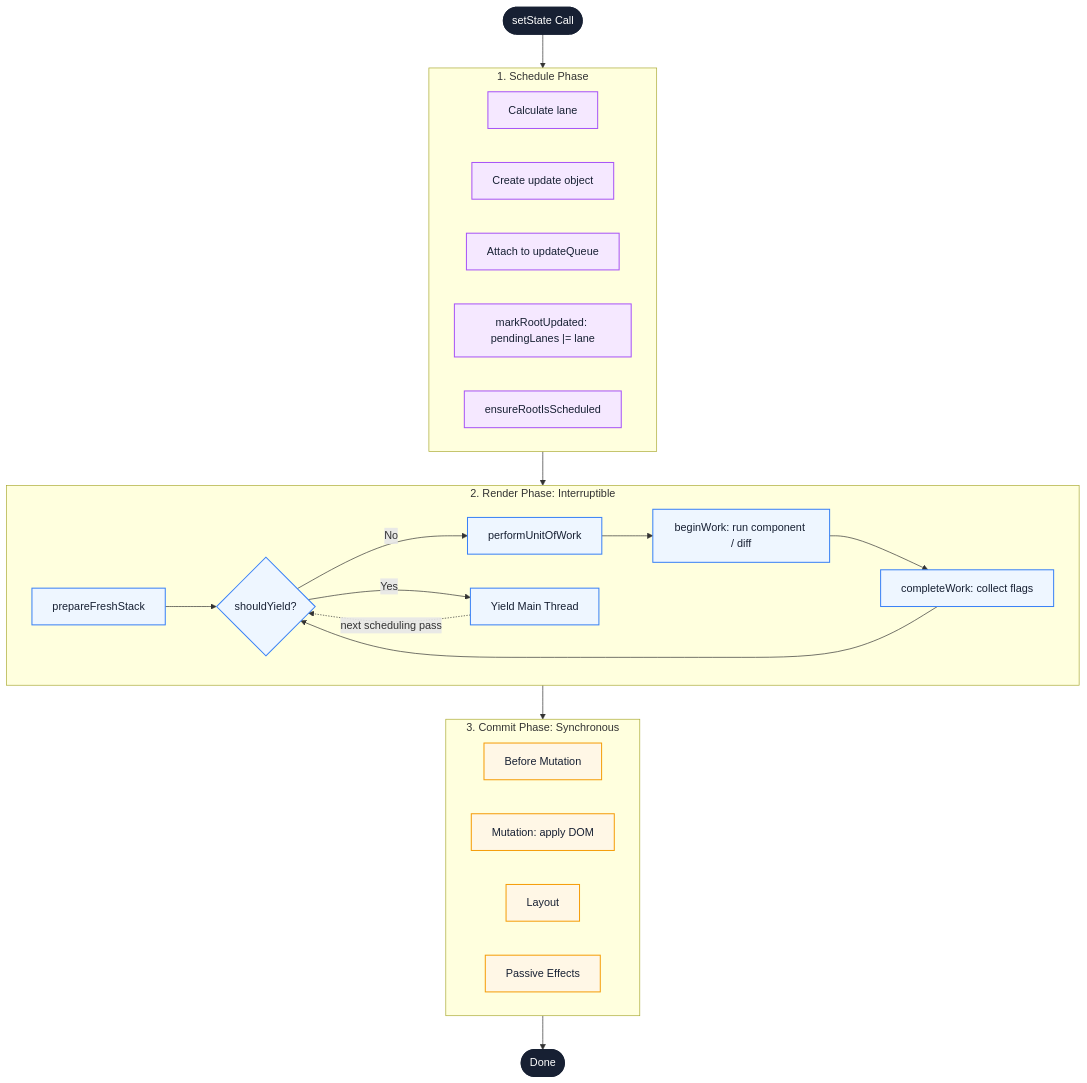
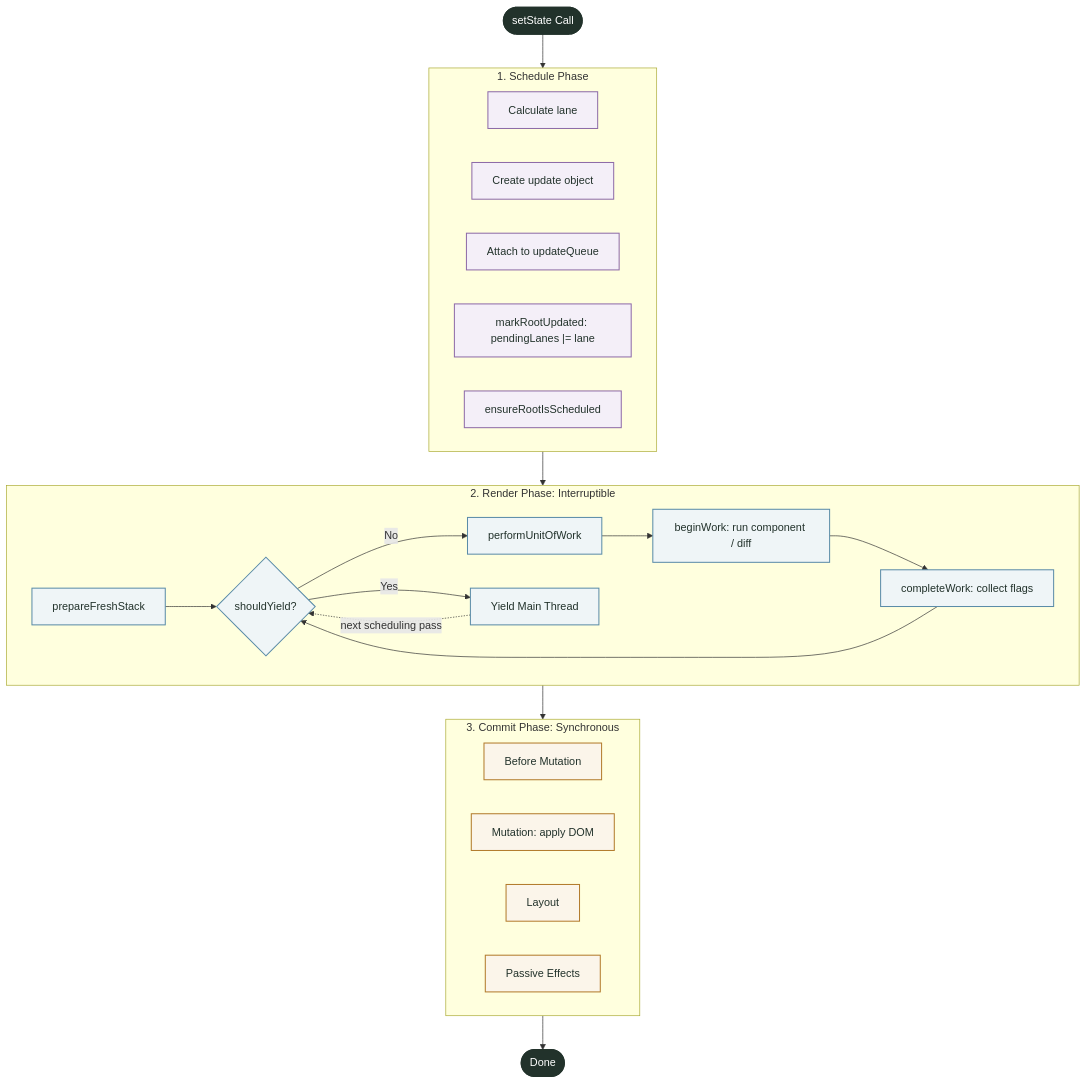
The seventh of 7 diagrams in docs/en/frameworks/react-fiber.md (Fatejian/frontier-vault), drawn with Mermaid before and after one commit. The commit also changed other lines of this file and 63 other files, not shown here.

````diff
--- a/docs/en/frameworks/react-fiber.md
+++ b/docs/en/frameworks/react-fiber.md
@@ -669,43 +669,43 @@
 ```mermaid
 flowchart TB
     A(["setState Call"])
 
     subgraph Schedule["1. Schedule Phase"]
         S1["Calculate lane"]
         S2["Create update object"]
         S3["Attach to updateQueue"]
         S4["markRootUpdated: pendingLanes |= lane"]
         S5["ensureRootIsScheduled"]
     end
 
     subgraph Render["2. Render Phase: Interruptible"]
         R1["prepareFreshStack"]
         R2{"shouldYield?"}
         R3["performUnitOfWork"]
         R4["beginWork: run component / diff"]
         R5["completeWork: collect flags"]
         R1 --> R2
         R2 -->|No| R3 --> R4 --> R5 --> R2
         R2 -->|Yes| R6["Yield Main Thread"]
         R6 -.next scheduling pass.-> R2
     end
 
     subgraph Commit["3. Commit Phase: Synchronous"]
         C1["Before Mutation"]
         C2["Mutation: apply DOM"]
         C3["Layout"]
         C4["Passive Effects"]
     end
 
     A --> Schedule --> Render --> Commit --> Done(["Done"])
 
-    classDef metric fill:#F5E8FF,stroke:#A855F7,color:#172033,stroke-width:1.5px;
-    classDef wait fill:#EEF6FF,stroke:#3B82F6,color:#172033,stroke-width:1.5px;
-    classDef block fill:#FFF7E6,stroke:#F59E0B,color:#172033,stroke-width:1.5px;
-    classDef core fill:#172033,color:#fff,stroke:#172033,stroke-width:2px;
+    classDef metric fill:#F4EFF8,stroke:#8E6BA8,color:#22322B,stroke-width:1.5px;
+    classDef wait fill:#EFF5F7,stroke:#5B8CA8,color:#22322B,stroke-width:1.5px;
+    classDef block fill:#FBF5EA,stroke:#B27B2C,color:#22322B,stroke-width:1.5px;
+    classDef core fill:#22322B,color:#fff,stroke:#22322B,stroke-width:2px;
 
     class A,Done core;
     class S1,S2,S3,S4,S5 metric;
     class R1,R2,R3,R4,R5,R6 wait;
     class C1,C2,C3,C4 block;
 ```
````
